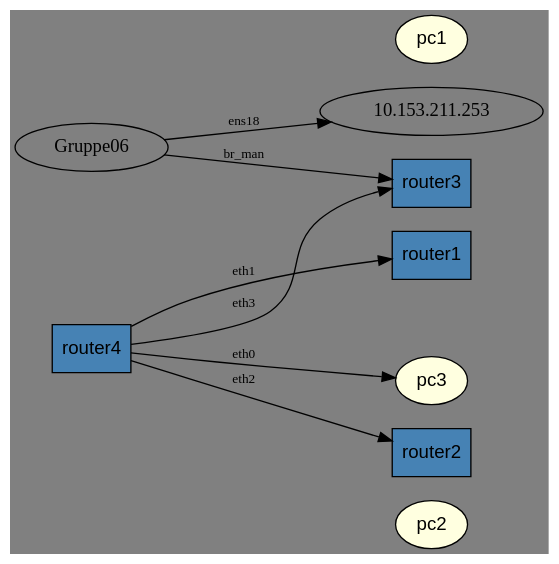
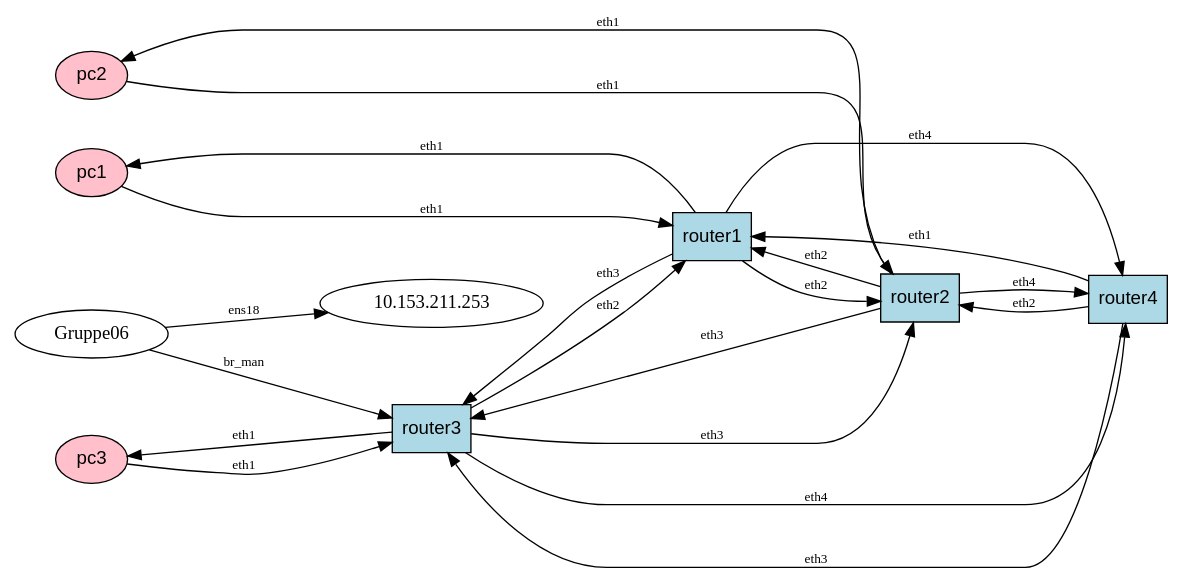
Before and after one commit to zDanaa/rnp-topology: the diagram in topology.dot, drawn with Graphviz.

Commit message:
Updated dot file

```diff
--- a/topology.dot
+++ b/topology.dot
@@ -1,19 +1,33 @@
 digraph {
-	bgcolor=gray overlap=false rankdir=LR
-	{
-		rank=same
-		pc2 [fillcolor=lightyellow fontname=Arial shape=ellipse style=filled]
-		pc3 [fillcolor=lightyellow fontname=Arial shape=ellipse style=filled]
-		pc1 [fillcolor=lightyellow fontname=Arial shape=ellipse style=filled]
-	}
-	Gruppe06 -> "10.153.211.253" [label=ens18 arrowhead=normal color=black fontsize=10 minlen=2]
-	Gruppe06 -> router3 [label=br_man arrowhead=normal color=black fontsize=10 minlen=2]
-	router3 [fillcolor=steelblue fontname=Arial shape=box style=filled]
-	router4 [fillcolor=steelblue fontname=Arial shape=box style=filled]
-	router4 -> router2 [label=eth2 arrowhead=normal color=black fontsize=10 minlen=2]
-	router4 -> pc3 [label=eth0 arrowhead=normal color=black fontsize=10 minlen=2]
-	router4 -> router3 [label=eth3 arrowhead=normal color=black fontsize=10 minlen=2]
-	router4 -> router1 [label=eth1 arrowhead=normal color=black fontsize=10 minlen=2]
-	router2 [fillcolor=steelblue fontname=Arial shape=box style=filled]
-	router1 [fillcolor=steelblue fontname=Arial shape=box style=filled]
+        bgcolor=white overlap=false rankdir=LR
+        {
+                rank=same
+                pc3 [fillcolor=pink fontname=Arial shape=ellipse style=filled]
+                pc2 [fillcolor=pink fontname=Arial shape=ellipse style=filled]
+                pc1 [fillcolor=pink fontname=Arial shape=ellipse style=filled]
+        }
+        Gruppe06 -> "10.153.211.253" [label=ens18 arrowhead=normal color=black fontsize=10 minlen=2]
+        Gruppe06 -> router3 [label=br_man arrowhead=normal color=black fontsize=10 minlen=2]
+        pc3 -> router3 [label=eth1 arrowhead=normal color=black fontsize=10 minlen=2]
+        router4 [fillcolor=lightblue fontname=Arial shape=box style=filled]
+        router4 -> router2 [label=eth2 arrowhead=normal color=black fontsize=10 minlen=2]
+        router4 -> router1 [label=eth1 arrowhead=normal color=black fontsize=10 minlen=2]
+        router4 -> router3 [label=eth3 arrowhead=normal color=black fontsize=10 minlen=2]
+        router3 [fillcolor=lightblue fontname=Arial shape=box style=filled]
+        router3 -> router4 [label=eth4 arrowhead=normal color=black fontsize=10 minlen=2]
+        router3 -> router2 [label=eth3 arrowhead=normal color=black fontsize=10 minlen=2]
+        router3 -> router1 [label=eth2 arrowhead=normal color=black fontsize=10 minlen=2]
+        router3 -> pc3 [label=eth1 arrowhead=normal color=black fontsize=10 minlen=2]
+        router2 [fillcolor=lightblue fontname=Arial shape=box style=filled]
+        router2 -> router4 [label=eth4 arrowhead=normal color=black fontsize=10 minlen=2]
+        router2 -> pc2 [label=eth1 arrowhead=normal color=black fontsize=10 minlen=2]
+        router2 -> router3 [label=eth3 arrowhead=normal color=black fontsize=10 minlen=2]
+        router2 -> router1 [label=eth2 arrowhead=normal color=black fontsize=10 minlen=2]
+        pc2 -> router2 [label=eth1 arrowhead=normal color=black fontsize=10 minlen=2]
+        pc1 -> router1 [label=eth1 arrowhead=normal color=black fontsize=10 minlen=2]
+        router1 [fillcolor=lightblue fontname=Arial shape=box style=filled]
+        router1 -> router4 [label=eth4 arrowhead=normal color=black fontsize=10 minlen=2]
+        router1 -> router2 [label=eth2 arrowhead=normal color=black fontsize=10 minlen=2]
+        router1 -> router3 [label=eth3 arrowhead=normal color=black fontsize=10 minlen=2]
+        router1 -> pc1 [label=eth1 arrowhead=normal color=black fontsize=10 minlen=2]
 }
```
